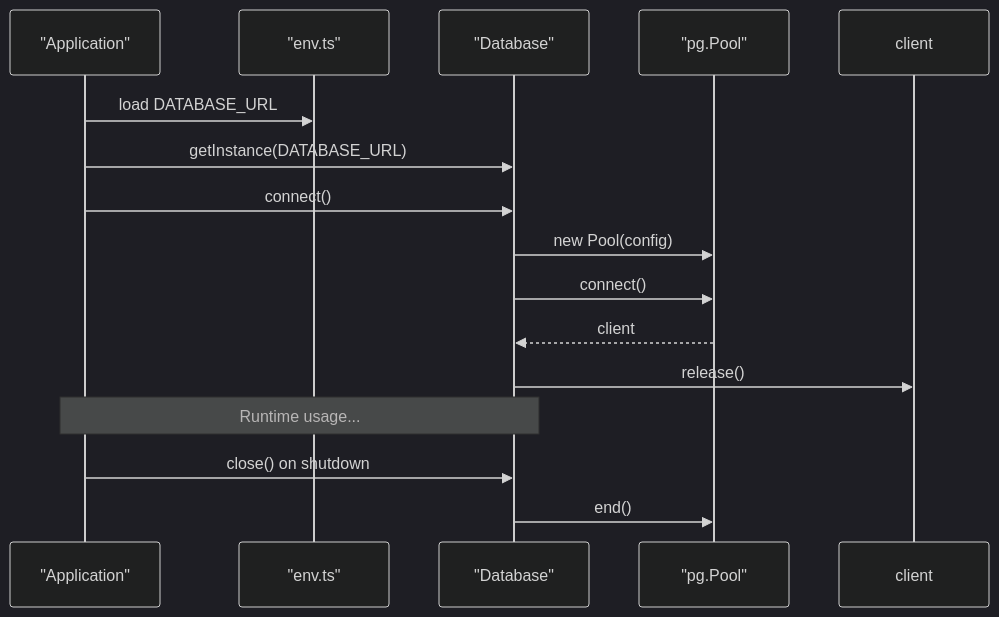
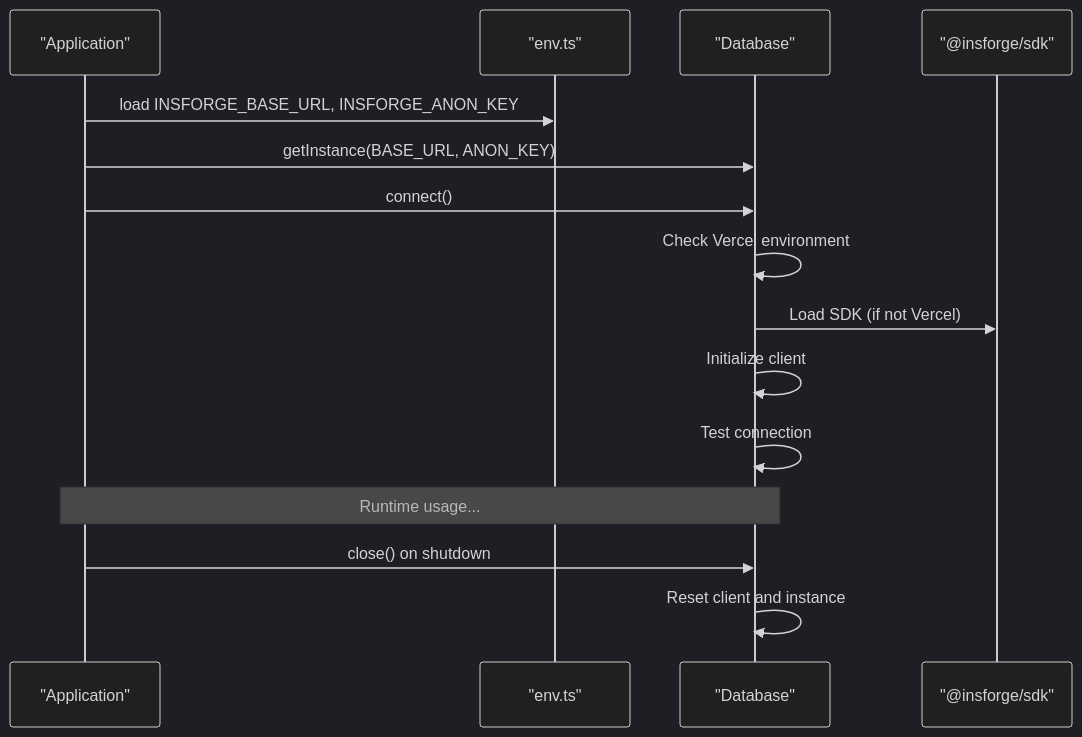
Before and after one commit to vishnusaibhosekar/ares: the fifth of 6 diagrams in .qoder/repowiki/en/content/Repository Layer/Database Abstraction.md, drawn with Mermaid (dark theme). The commit also changed other lines of this file and 6 other files, not shown here.

Commit message:
fix: make database connection optional in production for Cloud Run

````diff
--- a/.qoder/repowiki/en/content/Repository Layer/Database Abstraction.md
+++ b/.qoder/repowiki/en/content/Repository Layer/Database Abstraction.md
@@ -320,17 +310,17 @@
 ```mermaid
 sequenceDiagram
 participant App as "Application"
 participant Env as "env.ts"
 participant DB as "Database"
-participant Pool as "pg.Pool"
-App->>Env : load DATABASE_URL
-App->>DB : getInstance(DATABASE_URL)
+participant SDK as "@insforge/sdk"
+App->>Env : load INSFORGE_BASE_URL, INSFORGE_ANON_KEY
+App->>DB : getInstance(BASE_URL, ANON_KEY)
 App->>DB : connect()
-DB->>Pool : new Pool(config)
-DB->>Pool : connect()
-Pool-->>DB : client
-DB->>client : release()
+DB->>DB : Check Vercel environment
+DB->>SDK : Load SDK (if not Vercel)
+DB->>DB : Initialize client
+DB->>DB : Test connection
 Note over App,DB : Runtime usage...
 App->>DB : close() on shutdown
-DB->>Pool : end()
+DB->>DB : Reset client and instance
 ```
````
